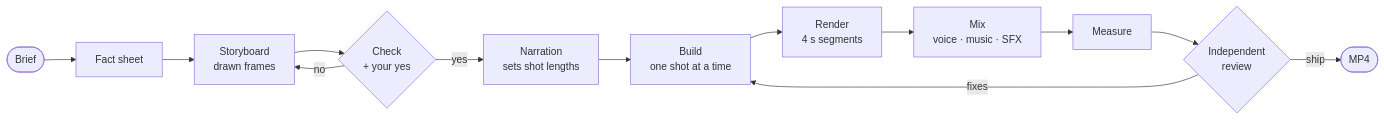
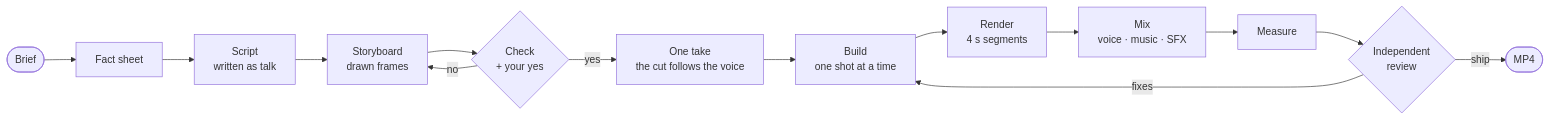
Before and after one commit to zeative/motion-educator: the diagram in README.md, drawn with Mermaid. The commit also changed other lines of this file and 11 other files, not shown here.

````diff
--- a/README.md
+++ b/README.md
@@ -155,15 +155,16 @@
 ```mermaid
 flowchart LR
     A([Brief]) --> B[Fact sheet]
-    B --> C[Storyboard<br/>drawn frames]
+    B --> S[Script<br/>written as talk]
+    S --> C[Storyboard<br/>drawn frames]
     C --> D{Check<br/>+ your yes}
     D -- no --> C
-    D -- yes --> V[Narration<br/>sets shot lengths]
+    D -- yes --> V[One take<br/>the cut follows the voice]
     V --> E[Build<br/>one shot at a time]
     E --> F[Render<br/>4 s segments]
     F --> G[Mix<br/>voice · music · SFX]
     G --> H[Measure]
     H --> I{Independent<br/>review}
     I -- fixes --> E
     I -- ship --> J([MP4])
 ```
````
